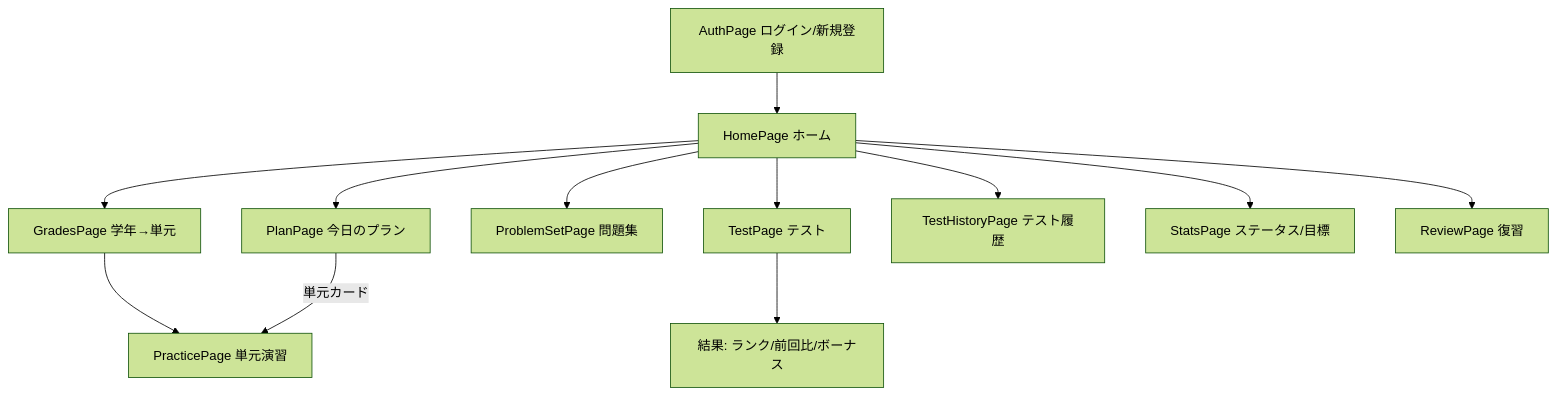
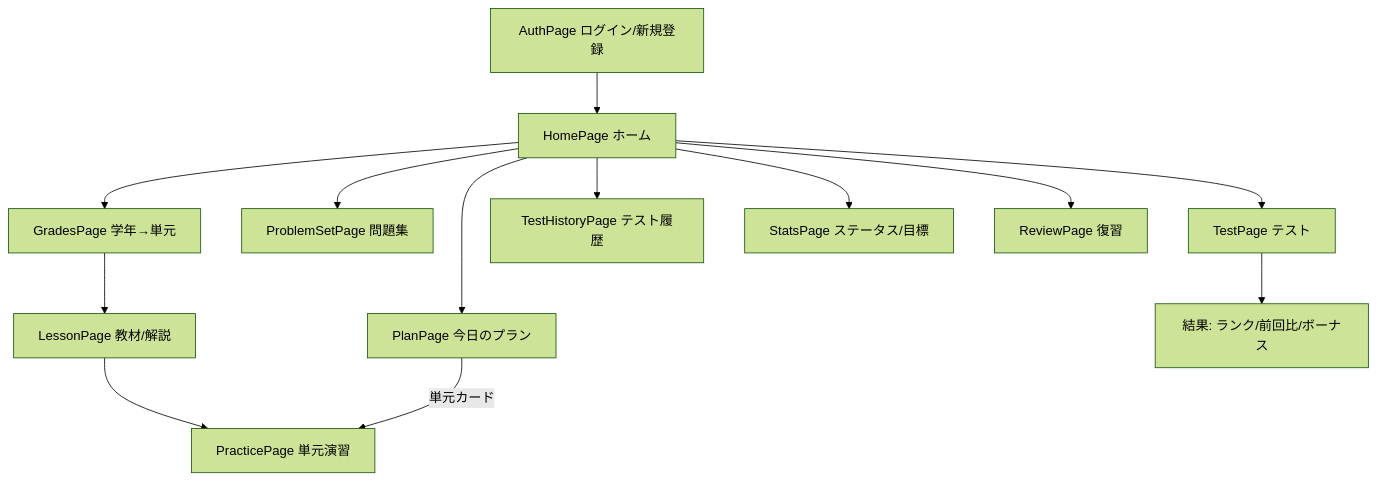
Before and after one commit to ryohmichi-rgb/Test2: the second of 2 diagrams in DESIGN.md, drawn with Mermaid (forest theme). The commit also changed other lines of this file and 16 other files, not shown here.

````diff
--- a/DESIGN.md
+++ b/DESIGN.md
@@ -242,14 +261,15 @@
 ```mermaid
 flowchart TD
     Auth["AuthPage ログイン/新規登録"] --> Home["HomePage ホーム"]
     Home --> Plan["PlanPage 今日のプラン"]
     Home --> Grades["GradesPage 学年→単元"]
-    Grades --> Practice["PracticePage 単元演習"]
+    Grades --> Lesson["LessonPage 教材/解説"]
+    Lesson --> Practice["PracticePage 単元演習"]
     Home --> PSet["ProblemSetPage 問題集"]
     Home --> Test["TestPage テスト"]
     Test --> TestResult["結果: ランク/前回比/ボーナス"]
     Home --> History["TestHistoryPage テスト履歴"]
     Home --> Stats["StatsPage ステータス/目標"]
     Home --> Review["ReviewPage 復習"]
     Plan -->|単元カード| Practice
 ```
````
